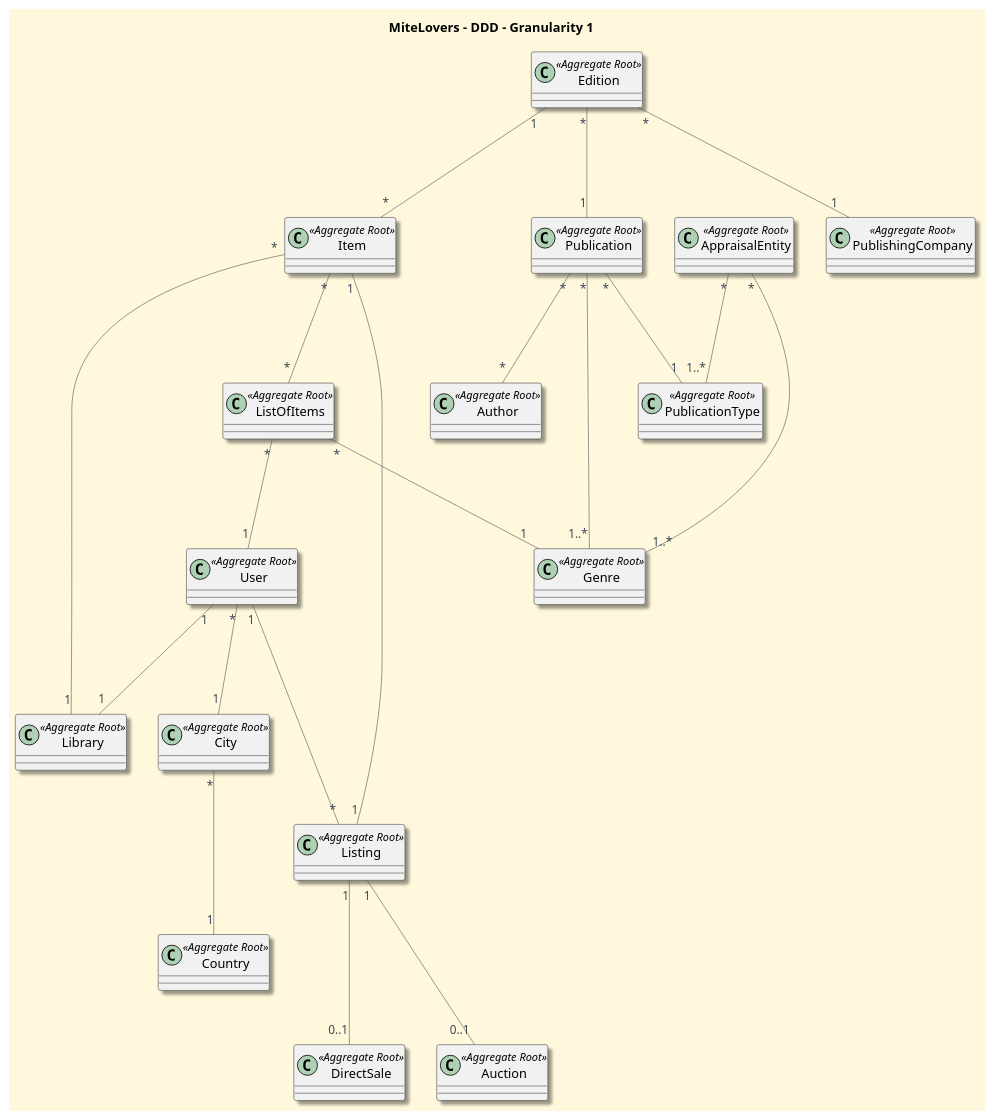
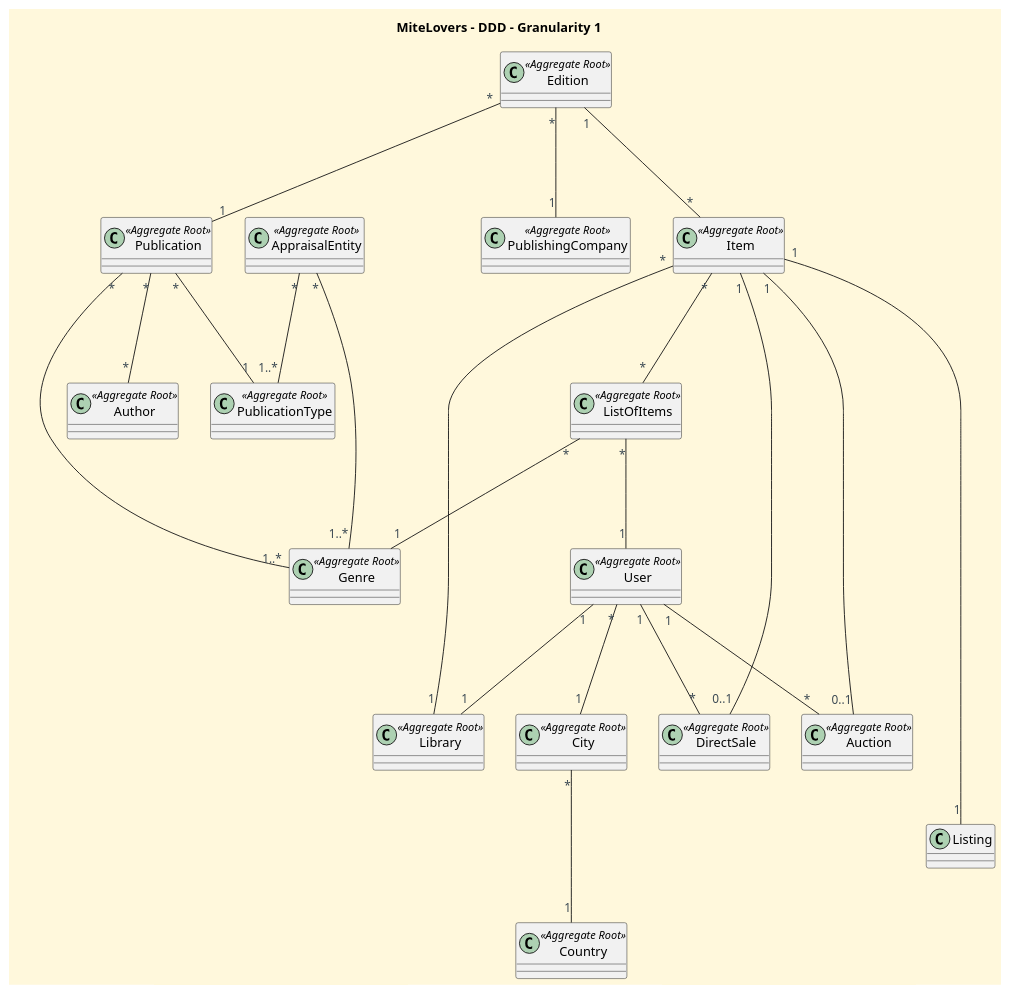
One commit to CarolinaLeite-collab/JavaMarketplacePlatform changed the diagram in docs/global-artifacts/DDD-G1.puml. Above: the diagram before and after it, drawn with PlantUML. The commit also changed 2 other files, not shown here.

Commit message:
docs: DDD diagrams - fixes in the 3 levels of granularity, refs #448

```diff
--- a/docs/global-artifacts/DDD-G1.puml
+++ b/docs/global-artifacts/DDD-G1.puml
@@ -1,93 +1,95 @@
 @startuml
 'https://plantuml.com/class-diagram
 
 '==== Title ====
 title MiteLovers – DDD - Granularity 1
 top to bottom direction
 
 '==== basic style ====
 
 'hides unwanted text
 
 skinparam monochrome false
 
-skinparam shadowing true
+skinparam monochrome false
+skinparam shadowing false
 skinparam defaultFontName Futura
 skinparam objectFontSize 20
 skinparam backgroundColor CornSilk
 skinparam objectBackgroundColor WhiteSmoke
 skinparam noteBackgroundColor #FFFFE0
 skinparam ArrowFontColor #3B4953
-skinparam ArrowColor #57595BAA
+skinparam ActivationBackgroundColor black
+skinparam classAttributeIconSize 0
 
 '--- undefined objects ---'
 skinparam object {
   BackgroundColor<<highlight>> 91C6BCAA
   BorderColor<<highlight>> 4B9DA9AA
   FontColor<<highlight>> 547792AA
 }
 skinparam shadowing<<highlight>> false
 
 '--- Objects - Aggregate Roots ---'
 
 
 class User <<Aggregate Root>>
 class Library <<Aggregate Root>> {}
 class ListOfItems <<Aggregate Root>> {}
 class Item <<Aggregate Root>> {}
 class City <<Aggregate Root>> {}
 class Country <<Aggregate Root>> {}
-class Listing <<Aggregate Root>> {}
 class DirectSale <<Aggregate Root>> {}
 class Auction <<Aggregate Root>> {}
 'class Bid <<Entity>> {}
 class Edition <<Aggregate Root>> {}
 class PublishingCompany <<Aggregate Root>> {}
 class Publication <<Aggregate Root>> {}
 class Author <<Aggregate Root>> {}
 class PublicationType <<Aggregate Root>>  {}
 class Genre <<Aggregate Root>> {}
 class AppraisalEntity <<Aggregate Root>> {}
 
 '=== Correlations ==='
 
 '--- Edition ---'
 Edition "*" --- "1" PublishingCompany
 Edition "*" --- "1" Publication
 Edition "1" --- "*" Item
 
 '--- Item ---'
 Item "*" --- "1" Library
 Item "1" -------- "1" Listing
 Item "*" --- "*" ListOfItems
 
 '--- ListOfItems ---'
 ListOfItems "*" --- "1" User
 ListOfItems "*" --- "1" Genre
 
 '--- User ---'
 User "*" --- "1" City
 User "1" --- "1" Library
 'User "1" --- "*" Bid
-User "1" --- "*" Listing
+User "1" --- "*" Auction
+User "1" --- "*" DirectSale
 
 '--- Publication ---'
 Publication "*" --- "*" Author
 Publication "*" --- "1" PublicationType
 Publication "*" --- "1..*" Genre
 
 '--- AppraisalEntity ---'
 AppraisalEntity "*" --- "1..*" PublicationType
 AppraisalEntity "*" ----- "1..*" Genre
 
 '--- Listing ---'
-Listing "1" --- "0..1" Auction
-Listing "1" --- "0..1" DirectSale
+Item "1" --- "0..1" Auction
+Item "1" --- "0..1" DirectSale
 'Auction "1" --- "*" Bid
 
 '--- City ---'
 City "*" --- "1" Country
 
 
 
 @enduml
```
